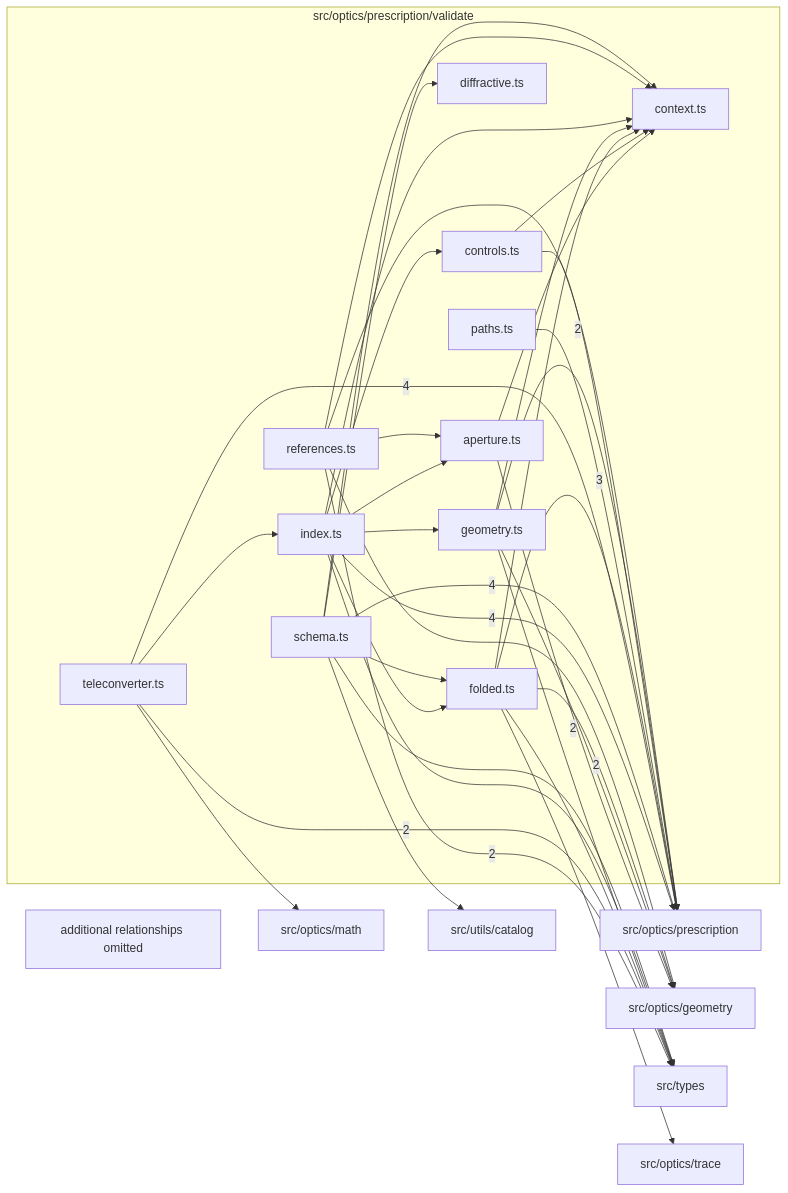
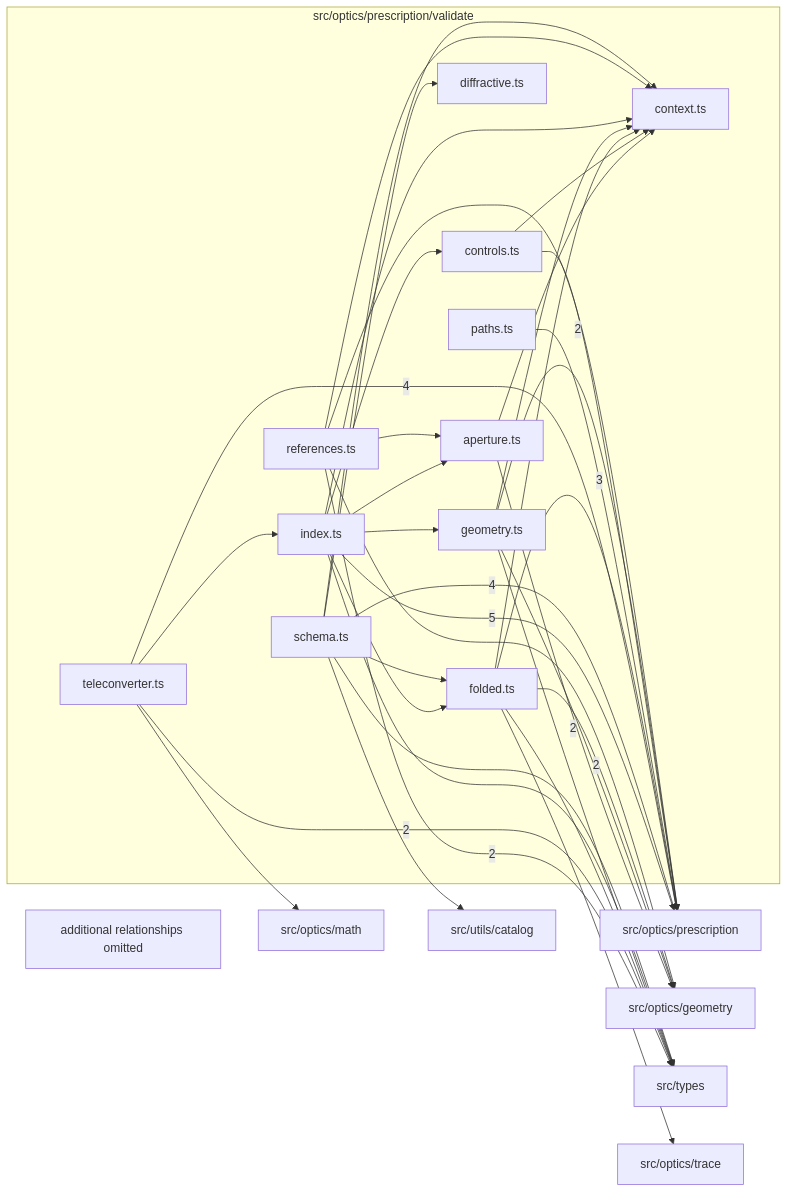
Before and after one commit to ronbuening/LensVisualizer: the diagram in src/optics/prescription/validate/readme.md, drawn with Mermaid. The commit also changed other lines of this file and 11 other files, not shown here.

````diff
--- a/src/optics/prescription/validate/readme.md
+++ b/src/optics/prescription/validate/readme.md
@@ -9,59 +9,59 @@
 ```mermaid
 flowchart LR
   subgraph n_src_optics_prescription_validate["src/optics/prescription/validate"]
     n_src_optics_prescription_validate_src_optics_prescription_validate_aperture_ts["aperture.ts"]
     n_src_optics_prescription_validate_src_optics_prescription_validate_context_ts["context.ts"]
     n_src_optics_prescription_validate_src_optics_prescription_validate_controls_ts["controls.ts"]
     n_src_optics_prescription_validate_src_optics_prescription_validate_diffractive_ts["diffractive.ts"]
     n_src_optics_prescription_validate_src_optics_prescription_validate_folded_ts["folded.ts"]
     n_src_optics_prescription_validate_src_optics_prescription_validate_geometry_ts["geometry.ts"]
     n_src_optics_prescription_validate_src_optics_prescription_validate_index_ts["index.ts"]
     n_src_optics_prescription_validate_src_optics_prescription_validate_paths_ts["paths.ts"]
     n_src_optics_prescription_validate_src_optics_prescription_validate_references_ts["references.ts"]
     n_src_optics_prescription_validate_src_optics_prescription_validate_schema_ts["schema.ts"]
     n_src_optics_prescription_validate_src_optics_prescription_validate_teleconverter_ts["teleconverter.ts"]
   end
   n_external_src_optics_prescription["src/optics/prescription"]
   n_external_src_optics_geometry["src/optics/geometry"]
   n_external_src_types["src/types"]
   n_external_src_optics_math["src/optics/math"]
   n_external_src_optics_trace["src/optics/trace"]
   n_external_src_utils_catalog["src/utils/catalog"]
-  n_src_optics_prescription_validate_src_optics_prescription_validate_index_ts --> |4| n_external_src_optics_prescription
+  n_src_optics_prescription_validate_src_optics_prescription_validate_index_ts --> |5| n_external_src_optics_prescription
   n_src_optics_prescription_validate_src_optics_prescription_validate_schema_ts --> |4| n_external_src_optics_prescription
   n_src_optics_prescription_validate_src_optics_prescription_validate_teleconverter_ts --> |4| n_external_src_optics_prescription
   n_src_optics_prescription_validate_src_optics_prescription_validate_folded_ts --> |3| n_external_src_optics_prescription
   n_src_optics_prescription_validate_src_optics_prescription_validate_aperture_ts --> |2| n_external_src_optics_geometry
   n_src_optics_prescription_validate_src_optics_prescription_validate_geometry_ts --> |2| n_external_src_optics_geometry
   n_src_optics_prescription_validate_src_optics_prescription_validate_paths_ts --> |2| n_external_src_optics_prescription
   n_src_optics_prescription_validate_src_optics_prescription_validate_references_ts --> |2| n_external_src_types
   n_src_optics_prescription_validate_src_optics_prescription_validate_teleconverter_ts --> |2| n_external_src_types
   n_src_optics_prescription_validate_src_optics_prescription_validate_folded_ts --> n_external_src_optics_geometry
   n_src_optics_prescription_validate_src_optics_prescription_validate_references_ts --> n_external_src_optics_geometry
   n_src_optics_prescription_validate_src_optics_prescription_validate_teleconverter_ts --> n_external_src_optics_math
   n_src_optics_prescription_validate_src_optics_prescription_validate_controls_ts --> n_external_src_optics_prescription
   n_src_optics_prescription_validate_src_optics_prescription_validate_geometry_ts --> n_external_src_optics_prescription
   n_src_optics_prescription_validate_src_optics_prescription_validate_references_ts --> n_external_src_optics_prescription
   n_src_optics_prescription_validate_src_optics_prescription_validate_folded_ts --> n_external_src_optics_trace
   n_src_optics_prescription_validate_src_optics_prescription_validate_folded_ts --> n_external_src_types
   n_src_optics_prescription_validate_src_optics_prescription_validate_geometry_ts --> n_external_src_types
   n_src_optics_prescription_validate_src_optics_prescription_validate_index_ts --> n_external_src_types
   n_src_optics_prescription_validate_src_optics_prescription_validate_schema_ts --> n_external_src_types
   n_src_optics_prescription_validate_src_optics_prescription_validate_schema_ts --> n_external_src_utils_catalog
   n_src_optics_prescription_validate_src_optics_prescription_validate_index_ts --> n_src_optics_prescription_validate_src_optics_prescription_validate_aperture_ts
   n_src_optics_prescription_validate_src_optics_prescription_validate_references_ts --> n_src_optics_prescription_validate_src_optics_prescription_validate_aperture_ts
   n_src_optics_prescription_validate_src_optics_prescription_validate_aperture_ts --> n_src_optics_prescription_validate_src_optics_prescription_validate_context_ts
   n_src_optics_prescription_validate_src_optics_prescription_validate_controls_ts --> n_src_optics_prescription_validate_src_optics_prescription_validate_context_ts
   n_src_optics_prescription_validate_src_optics_prescription_validate_folded_ts --> n_src_optics_prescription_validate_src_optics_prescription_validate_context_ts
   n_src_optics_prescription_validate_src_optics_prescription_validate_geometry_ts --> n_src_optics_prescription_validate_src_optics_prescription_validate_context_ts
   n_src_optics_prescription_validate_src_optics_prescription_validate_index_ts --> n_src_optics_prescription_validate_src_optics_prescription_validate_context_ts
   n_src_optics_prescription_validate_src_optics_prescription_validate_references_ts --> n_src_optics_prescription_validate_src_optics_prescription_validate_context_ts
   n_src_optics_prescription_validate_src_optics_prescription_validate_schema_ts --> n_src_optics_prescription_validate_src_optics_prescription_validate_context_ts
   n_src_optics_prescription_validate_src_optics_prescription_validate_index_ts --> n_src_optics_prescription_validate_src_optics_prescription_validate_controls_ts
   n_src_optics_prescription_validate_src_optics_prescription_validate_schema_ts --> n_src_optics_prescription_validate_src_optics_prescription_validate_diffractive_ts
   n_src_optics_prescription_validate_src_optics_prescription_validate_index_ts --> n_src_optics_prescription_validate_src_optics_prescription_validate_folded_ts
   n_src_optics_prescription_validate_src_optics_prescription_validate_schema_ts --> n_src_optics_prescription_validate_src_optics_prescription_validate_folded_ts
   n_src_optics_prescription_validate_src_optics_prescription_validate_index_ts --> n_src_optics_prescription_validate_src_optics_prescription_validate_geometry_ts
   n_src_optics_prescription_validate_src_optics_prescription_validate_teleconverter_ts --> n_src_optics_prescription_validate_src_optics_prescription_validate_index_ts
   n_src_optics_prescription_validate_truncated["additional relationships omitted"]
 ```
````
